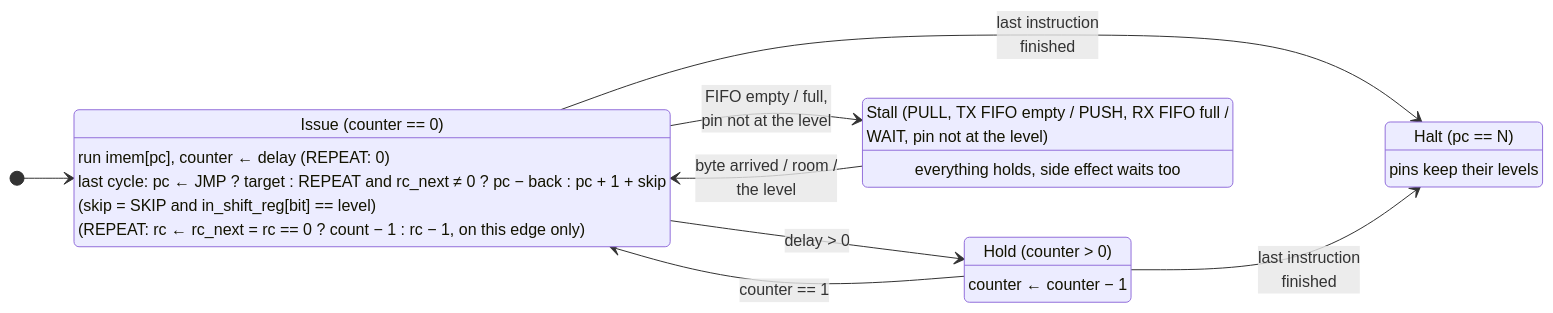
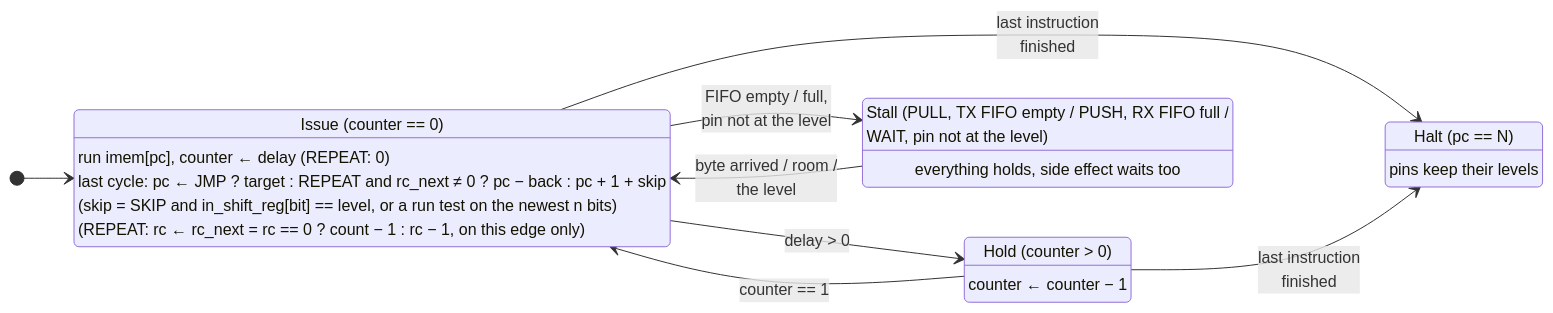
The diagram in docs/states.mmd (cshieldsce/smallcore), drawn with Mermaid before and after one commit. The commit also changed 7 other files, not shown here.

Commit message:
record the run test decision

```diff
--- a/docs/states.mmd
+++ b/docs/states.mmd
@@ -1,27 +1,27 @@
 %% What the control block does each cycle. Not a separate state register:
 %% each state is read off counter, pc, tx_empty, rx_full, gpio_in and, for SKIP, in_shift_reg.
 stateDiagram-v2
   direction LR
   [*] --> Issue
 
   Issue : Issue (counter == 0)
   Issue : run imem[pc], counter ← delay (REPEAT: 0)
   Issue : last cycle: pc ← JMP ? target : REPEAT and rc_next ≠ 0 ? pc − back : pc + 1 + skip
-  Issue : (skip = SKIP and in_shift_reg[bit] == level)
+  Issue : (skip = SKIP and in_shift_reg[bit] == level, or a run test on the newest n bits)
   Issue : (REPEAT: rc ← rc_next = rc == 0 ? count − 1 : rc − 1, on this edge only)
 
   Hold : Hold (counter > 0)
   Hold : counter ← counter − 1
 
   Stall : Stall (PULL, TX FIFO empty / PUSH, RX FIFO full /<br/>WAIT, pin not at the level)
   Stall : everything holds, side effect waits too
 
   Halt : Halt (pc == N)
   Halt : pins keep their levels
 
   Issue --> Hold : delay > 0
   Hold --> Issue : counter == 1
   Issue --> Stall : FIFO empty / full,<br/>pin not at the level
   Stall --> Issue : byte arrived / room /<br/>the level
   Issue --> Halt : last instruction<br/>finished
   Hold --> Halt : last instruction<br/>finished
```
